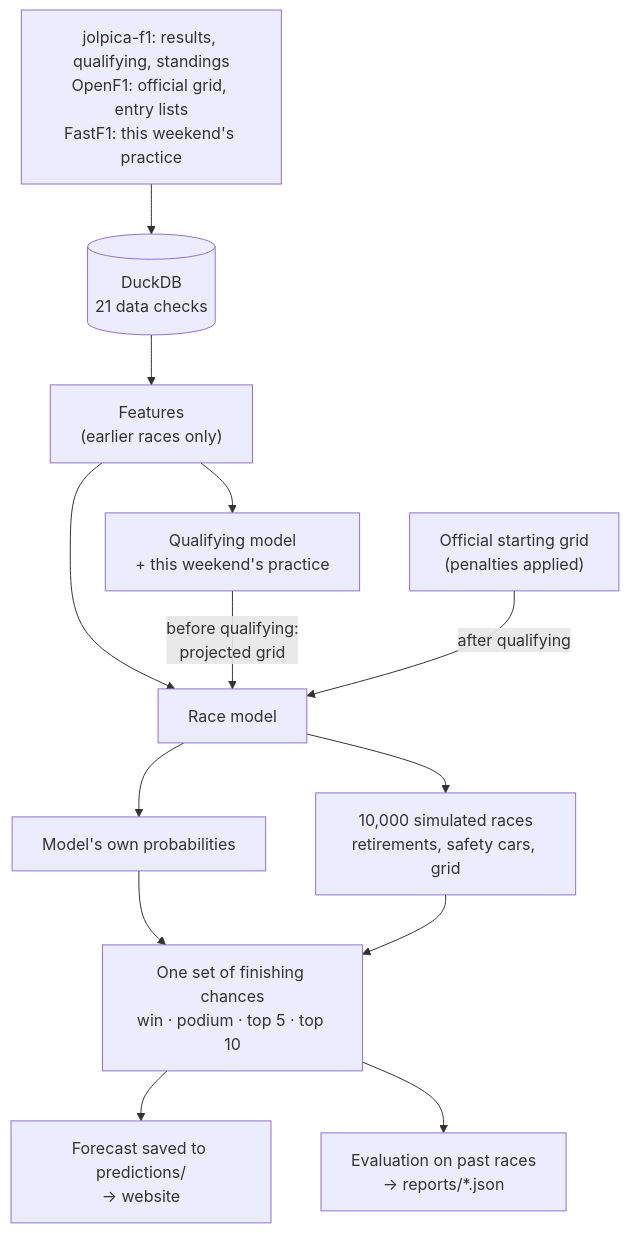
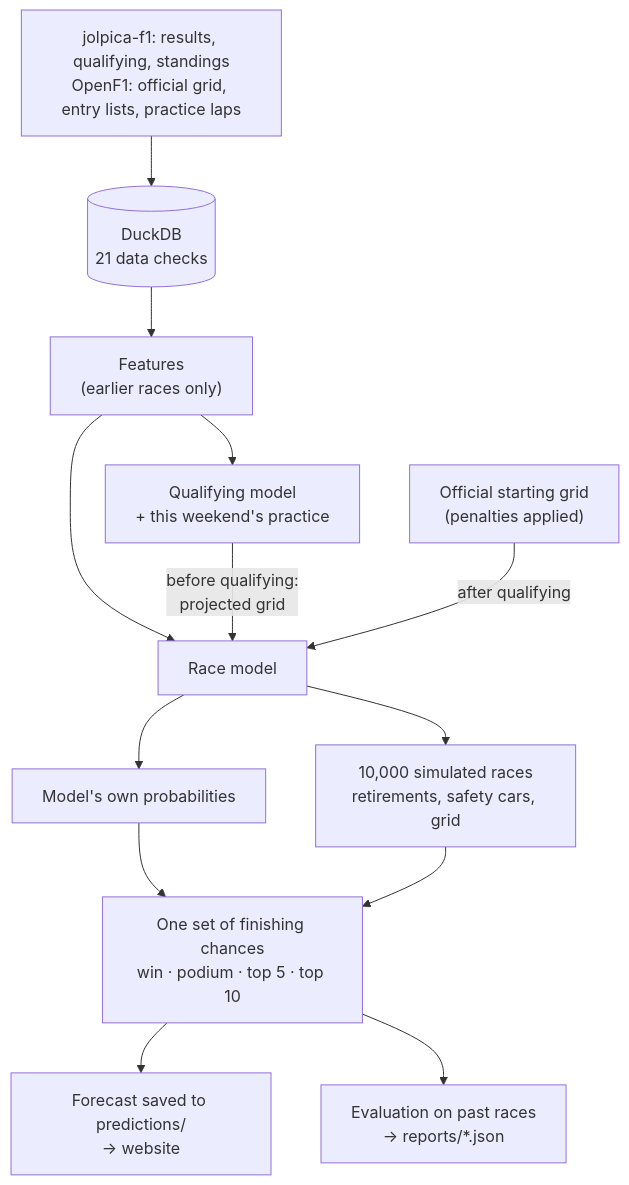
The diagram in README.md (Parikshit06/f1pred), drawn with Mermaid before and after one commit. The commit also changed other lines of this file and 19 other files, not shown here.

First line of the commit message:
Fetch practice from OpenF1, so the after-practice forecast can run on GitHub

````diff
--- a/README.md
+++ b/README.md
@@ -35,15 +35,15 @@
 ```mermaid
 flowchart TD
-    A["jolpica-f1: results, qualifying, standings<br/>OpenF1: official grid, entry lists<br/>FastF1: this weekend's practice"] --> B[("DuckDB<br/>21 data checks")]
+    A["jolpica-f1: results, qualifying, standings<br/>OpenF1: official grid, entry lists, practice laps"] --> B[("DuckDB<br/>21 data checks")]
     B --> C["Features<br/>(earlier races only)"]
     C --> Q["Qualifying model<br/>+ this weekend's practice"]
     C --> R["Race model"]
     Q -- "before qualifying:<br/>projected grid" --> R
     G["Official starting grid<br/>(penalties applied)"] -- "after qualifying" --> R
     R --> P["Model's own probabilities"]
     R --> M["10,000 simulated races<br/>retirements, safety cars, grid"]
     P --> F["One set of finishing chances<br/>win · podium · top 5 · top 10"]
     M --> F
     F --> W["Forecast saved to predictions/<br/>→ website"]
     F --> E["Evaluation on past races<br/>→ reports/*.json"]
 ```
````
